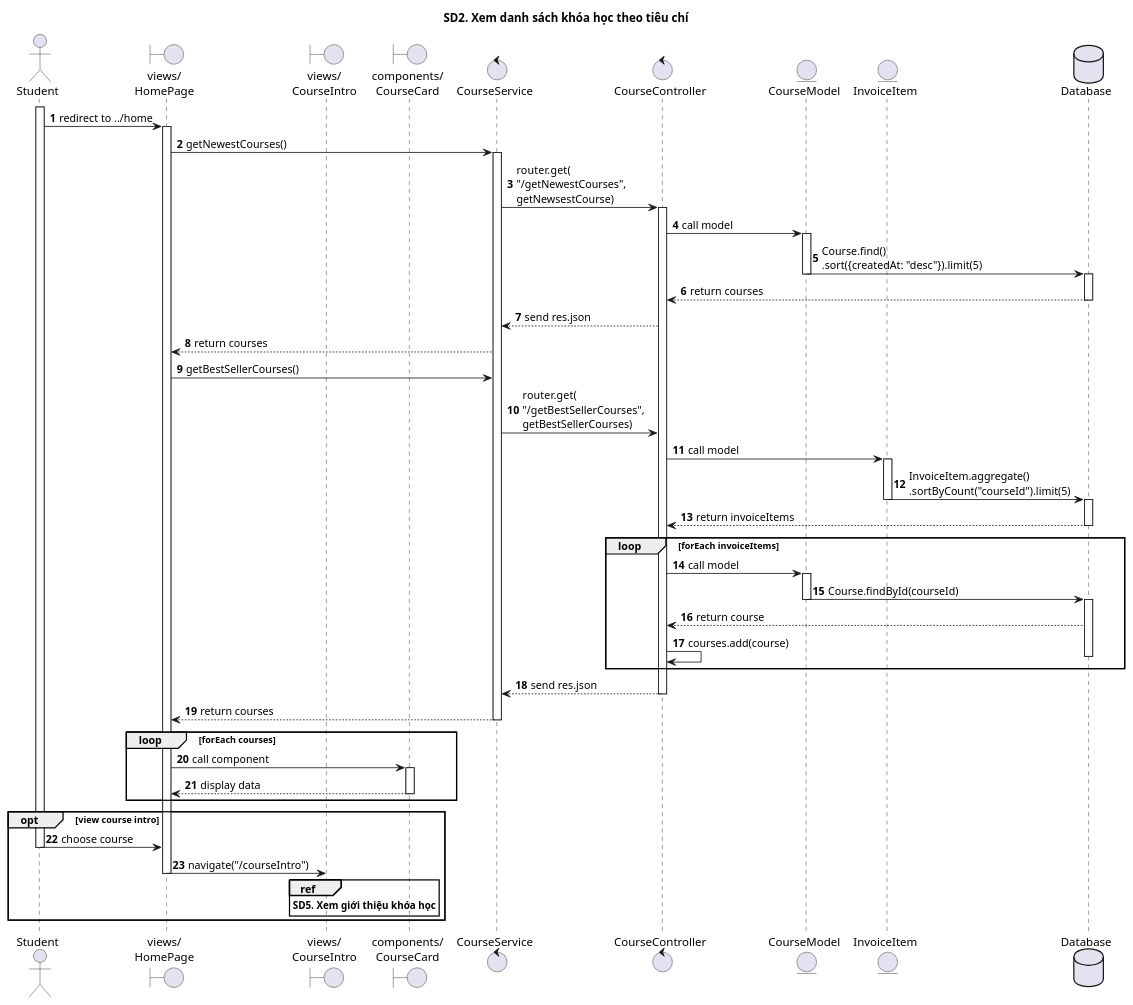
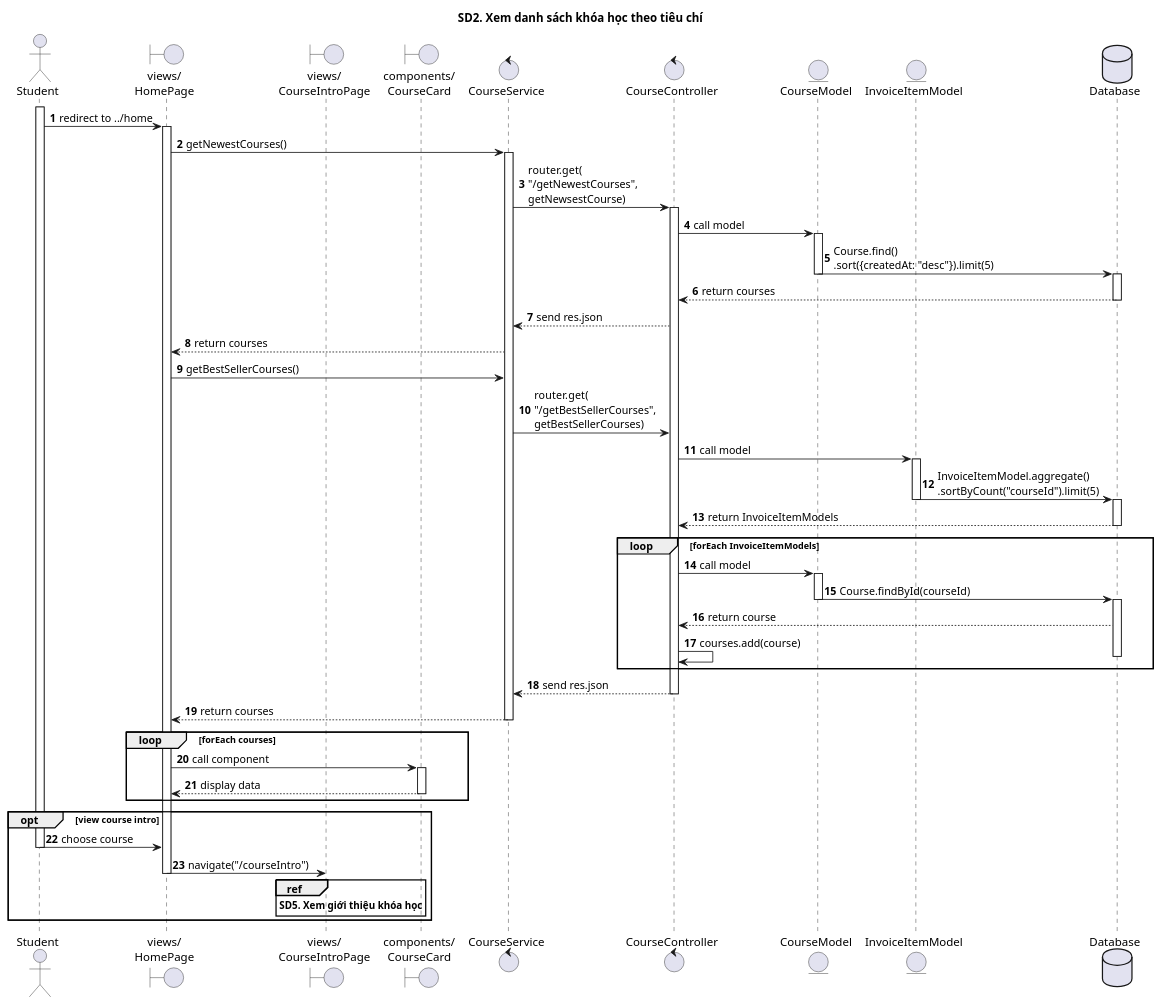
One commit to The-Cookies-Team/UML-Diagrams changed the diagram in SequenceDiagrams/CNPMHDT/sd2.puml. Above: the diagram before and after it, drawn with PlantUML. The commit also changed 18 other files, not shown here.

```diff
--- a/SequenceDiagrams/CNPMHDT/sd2.puml
+++ b/SequenceDiagrams/CNPMHDT/sd2.puml
@@ -1,90 +1,90 @@
 @startuml SQ
 
 autonumber
 
 title SD2. Xem danh sách khóa học theo tiêu chí
 
 actor "Student" as Actor
 boundary "views/\nHomePage" as HomePage
-boundary "views/\nCourseIntro" as CourseIntro
+boundary "views/\nCourseIntroPage" as CourseIntro
 boundary "components/\nCourseCard" as CourseCard
 control "CourseService"
 control "CourseController"
 entity "CourseModel"
-entity "InvoiceItem"
+entity "InvoiceItemModel"
 database "Database"
 
 activate Actor
 Actor -> HomePage: redirect to ../home
 
 activate HomePage
 HomePage -> CourseService: getNewestCourses()
 
 activate CourseService
 CourseService -> CourseController: router.get(\n"/getNewestCourses",\ngetNewsestCourse)
 
 activate CourseController
 CourseController -> CourseModel: call model
 
 activate CourseModel
 CourseModel -> Database: Course.find()\n.sort({createdAt: "desc"}).limit(5)
 deactivate CourseModel
 
 activate Database
 Database --> CourseController: return courses
 deactivate Database
 
 CourseController --> CourseService: send res.json
 CourseService --> HomePage: return courses
 HomePage -> CourseService: getBestSellerCourses()
 CourseService -> CourseController: router.get(\n"/getBestSellerCourses",\ngetBestSellerCourses)
-CourseController -> InvoiceItem: call model
+CourseController -> InvoiceItemModel: call model
 
-activate InvoiceItem
-InvoiceItem -> Database: InvoiceItem.aggregate()\n.sortByCount("courseId").limit(5)
-deactivate InvoiceItem
+activate InvoiceItemModel
+InvoiceItemModel -> Database: InvoiceItemModel.aggregate()\n.sortByCount("courseId").limit(5)
+deactivate InvoiceItemModel
 
 activate Database
-Database --> CourseController: return invoiceItems
+Database --> CourseController: return InvoiceItemModels
 deactivate Database
 
-loop forEach invoiceItems
+loop forEach InvoiceItemModels
 CourseController -> CourseModel: call model
 
 activate CourseModel
 CourseModel -> Database: Course.findById(courseId)
 deactivate CourseModel
 
 activate Database
 Database --> CourseController: return course
 CourseController -> CourseController: courses.add(course)
 deactivate Database
 
 end
 
 CourseController --> CourseService: send res.json
 deactivate CourseController
 CourseService --> HomePage: return courses
 deactivate CourseService
 
 loop forEach courses
 HomePage -> CourseCard: call component
 activate CourseCard
 CourseCard --> HomePage: display data
 deactivate CourseCard
 end
 
 opt view course intro
 Actor -> HomePage: choose course
 deactivate Actor
 
 HomePage -> CourseIntro: navigate("/courseIntro")
 deactivate HomePage
 
 ref over CourseIntro
 **SD5. Xem giới thiệu khóa học**
 end ref
 end
 
 
 @enduml
```
